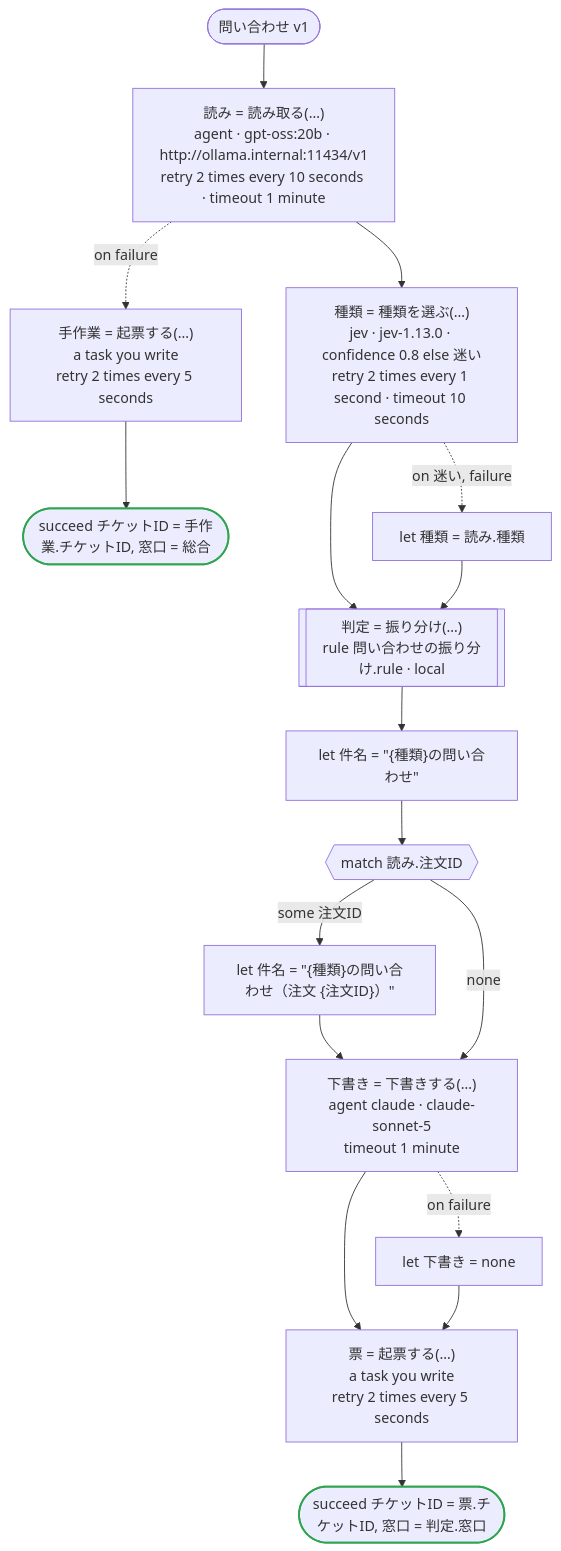
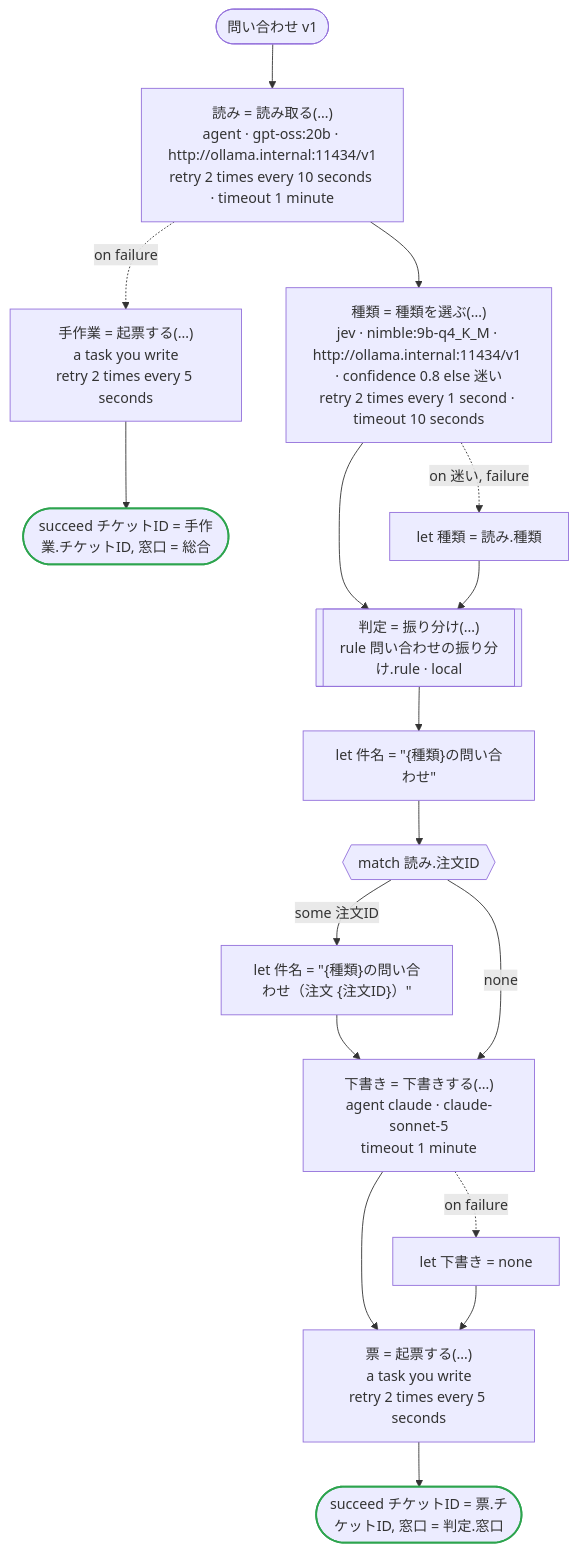
Before and after one commit to i2y/ritsu: the diagram in crates/dandori/tests/doc/examples-inquiry-temporal-inquiry-ja.en.md, drawn with Mermaid. The commit also changed other lines of this file and 88 other files, not shown here.

````diff
--- a/crates/dandori/tests/doc/examples-inquiry-temporal-inquiry-ja.en.md
+++ b/crates/dandori/tests/doc/examples-inquiry-temporal-inquiry-ja.en.md
@@ -9,36 +9,36 @@
 ```mermaid
 flowchart TD
     start(["問い合わせ v1"])
     s1["読み = 読み取る(…)<br>agent · gpt-oss:20b · http://ollama.internal:11434/v1<br>retry 2 times every 10 seconds · timeout 1 minute"]
     s2["手作業 = 起票する(…)<br>a task you write<br>retry 2 times every 5 seconds"]
     s3(["succeed チケットID = 手作業.チケットID, 窓口 = 総合"])
-    s4["種類 = 種類を選ぶ(…)<br>jev · jev-1.13.0 · confidence 0.8 else 迷い<br>retry 2 times every 1 second · timeout 10 seconds"]
+    s4["種類 = 種類を選ぶ(…)<br>jev · nimble:9b-q4_K_M · http://ollama.internal:11434/v1 · confidence 0.8 else 迷い<br>retry 2 times every 1 second · timeout 10 seconds"]
     s5["let 種類 = 読み.種類"]
     s6[["判定 = 振り分け(…)<br>rule 問い合わせの振り分け.rule · local"]]
     s7["let 件名 = #quot;{種類}の問い合わせ#quot;"]
     s8{{"match 読み.注文ID"}}
     s9["let 件名 = #quot;{種類}の問い合わせ（注文 {注文ID}）#quot;"]
     s11["下書き = 下書きする(…)<br>agent claude · claude-sonnet-5<br>timeout 1 minute"]
     s12["let 下書き = none"]
     s13["票 = 起票する(…)<br>a task you write<br>retry 2 times every 5 seconds"]
     s14(["succeed チケットID = 票.チケットID, 窓口 = 判定.窓口"])
     start --> s1
     s1 -.->|"on failure"| s2
     s2 --> s3
     s1 --> s4
     s4 -.->|"on 迷い, failure"| s5
     s4 --> s6
     s5 --> s6
     s6 --> s7
     s7 --> s8
     s8 -->|"some 注文ID"| s9
     s9 --> s11
     s8 -->|"none"| s11
     s11 -.->|"on failure"| s12
     s11 --> s13
     s12 --> s13
     s13 --> s14
     classDef ok stroke:#2da44e,stroke-width:2px
     classDef bad stroke:#cf222e,stroke-width:2px
     class s3,s14 ok
 ```
````
